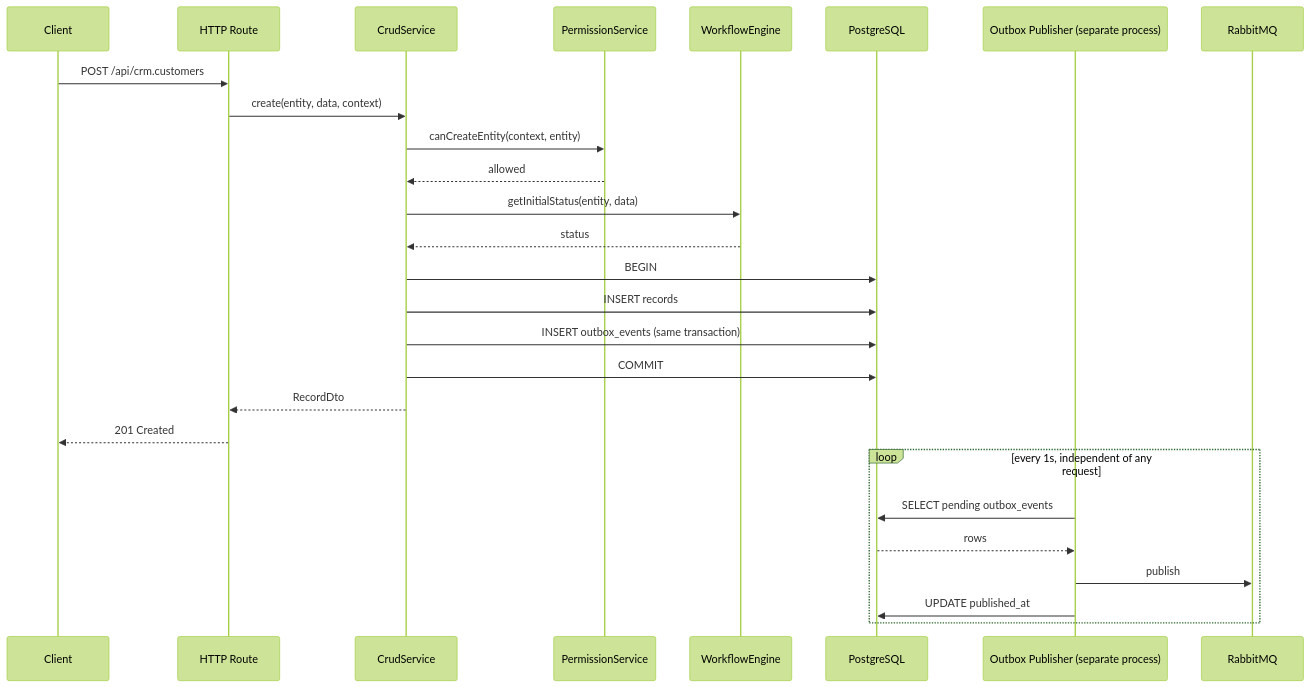
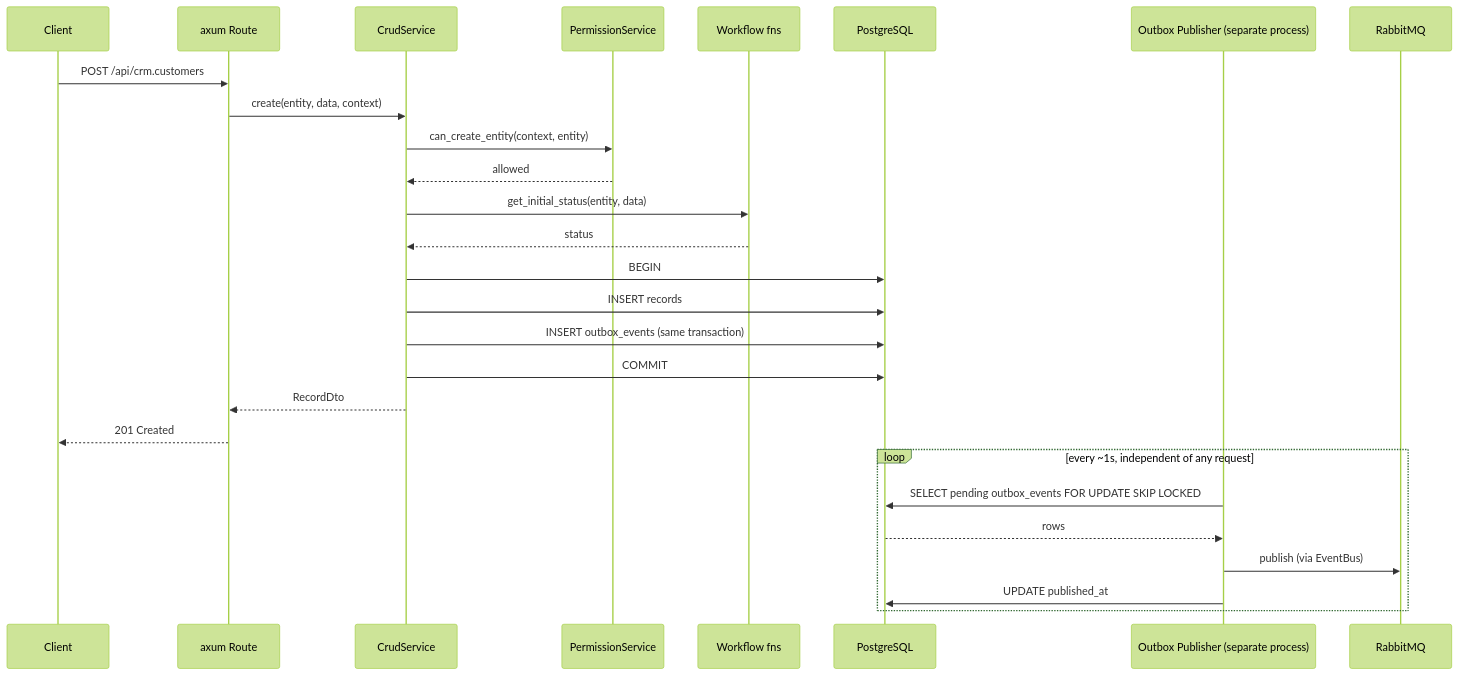
Before and after one commit to metap-org/metap: the diagram in docs/architectures/06-runtime.md, drawn with Mermaid (forest theme). The commit also changed other lines of this file and 12 other files, not shown here.

First line of the commit message:
Sync architecture docs to the Rust stack (axum/sqlx) terminology

````diff
--- a/docs/architectures/06-runtime.md
+++ b/docs/architectures/06-runtime.md
@@ -7,31 +7,31 @@
 ```mermaid
 sequenceDiagram
   participant Client
-  participant Route as HTTP Route
+  participant Route as axum Route
   participant Crud as CrudService
   participant Perm as PermissionService
-  participant Flow as WorkflowEngine
+  participant Flow as Workflow fns
   participant DB as PostgreSQL
   participant OP as Outbox Publisher (separate process)
   participant MQ as RabbitMQ
 
   Client->>Route: POST /api/crm.customers
   Route->>Crud: create(entity, data, context)
-  Crud->>Perm: canCreateEntity(context, entity)
+  Crud->>Perm: can_create_entity(context, entity)
   Perm-->>Crud: allowed
-  Crud->>Flow: getInitialStatus(entity, data)
+  Crud->>Flow: get_initial_status(entity, data)
   Flow-->>Crud: status
   Crud->>DB: BEGIN
   Crud->>DB: INSERT records
   Crud->>DB: INSERT outbox_events (same transaction)
   Crud->>DB: COMMIT
   Crud-->>Route: RecordDto
   Route-->>Client: 201 Created
 
-  loop every 1s, independent of any request
-    OP->>DB: SELECT pending outbox_events
+  loop every ~1s, independent of any request
+    OP->>DB: SELECT pending outbox_events FOR UPDATE SKIP LOCKED
     DB-->>OP: rows
-    OP->>MQ: publish
+    OP->>MQ: publish (via EventBus)
     OP->>DB: UPDATE published_at
   end
 ```
````
